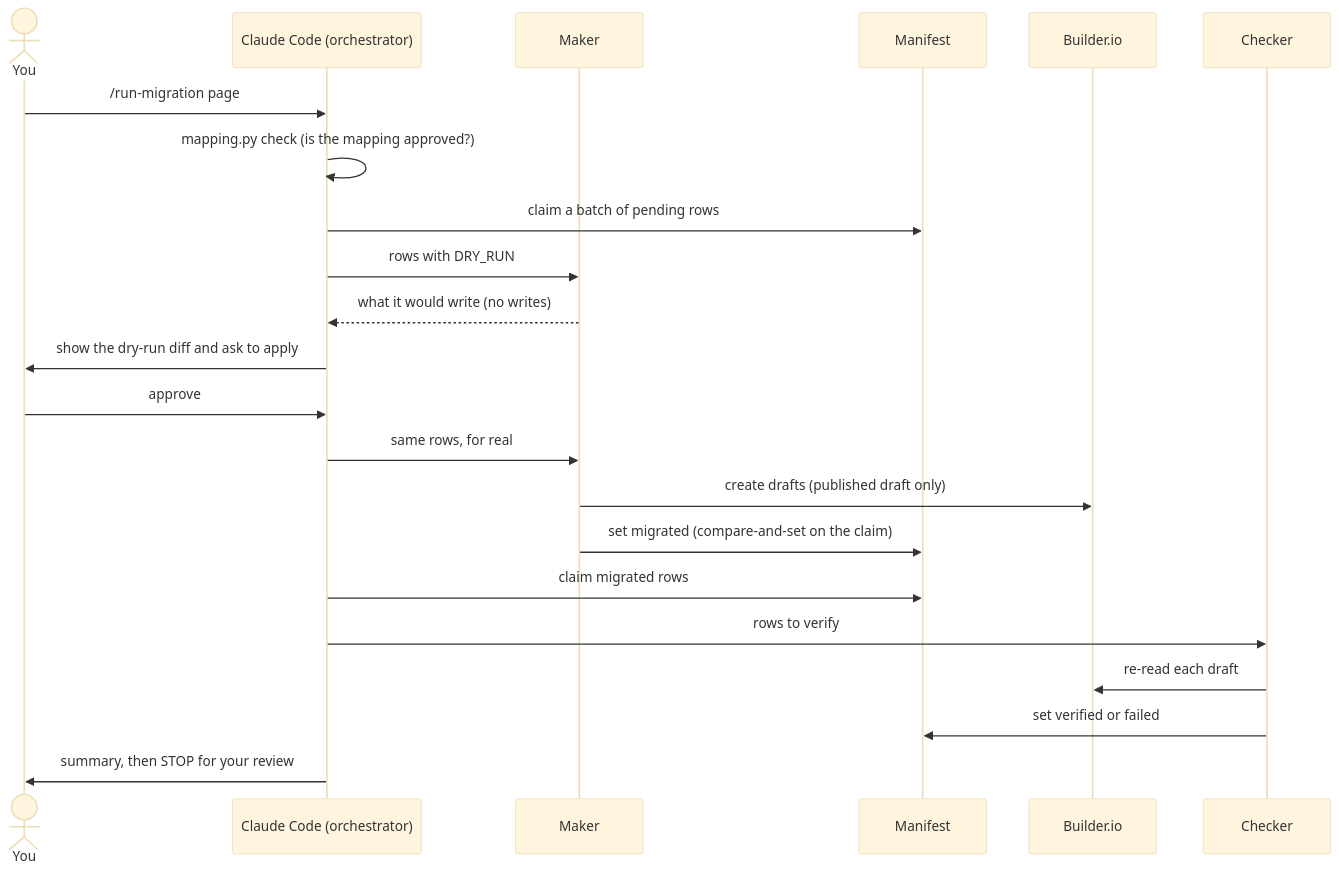
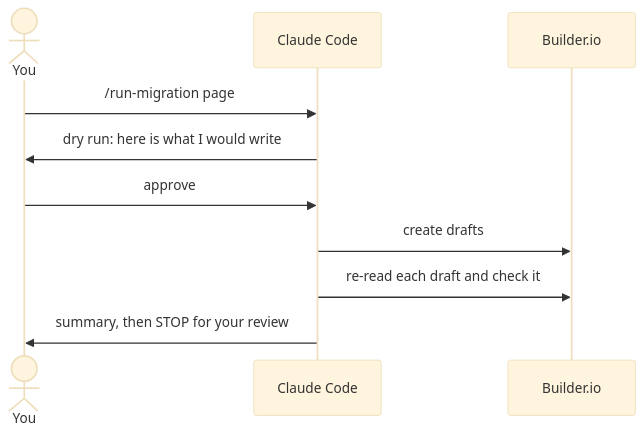
One commit to JasonYangCIS/cms-to-builder-content changed the third of 5 diagrams in README.md. Above: the diagram before and after it, drawn with Mermaid (base theme). The commit also changed other lines of this file and 1 other file, not shown here.

Commit message:
Simplify Mermaid diagrams in README and docs/phases

````diff
--- a/README.md
+++ b/README.md
@@ -101,24 +90,12 @@
 ```mermaid
 sequenceDiagram
   actor You
-  participant O as Claude Code (orchestrator)
-  participant M as Maker
-  participant DB as Manifest
+  participant CC as Claude Code
   participant B as Builder.io
-  participant C as Checker
-  You->>O: /run-migration page
-  O->>O: mapping.py check (is the mapping approved?)
-  O->>DB: claim a batch of pending rows
-  O->>M: rows with DRY_RUN
-  M-->>O: what it would write (no writes)
-  O->>You: show the dry-run diff and ask to apply
-  You->>O: approve
-  O->>M: same rows, for real
-  M->>B: create drafts (published draft only)
-  M->>DB: set migrated (compare-and-set on the claim)
-  O->>DB: claim migrated rows
-  O->>C: rows to verify
-  C->>B: re-read each draft
-  C->>DB: set verified or failed
-  O->>You: summary, then STOP for your review
+  You->>CC: /run-migration page
+  CC->>You: dry run: here is what I would write
+  You->>CC: approve
+  CC->>B: create drafts
+  CC->>B: re-read each draft and check it
+  CC->>You: summary, then STOP for your review
 ```
````
